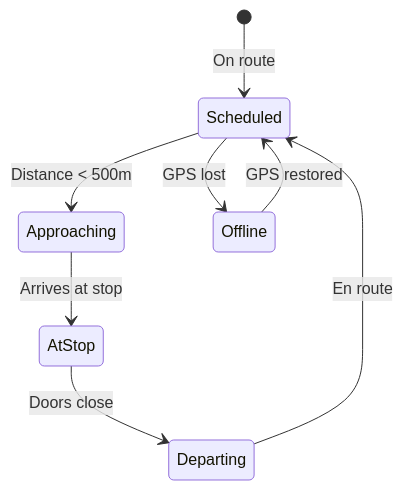
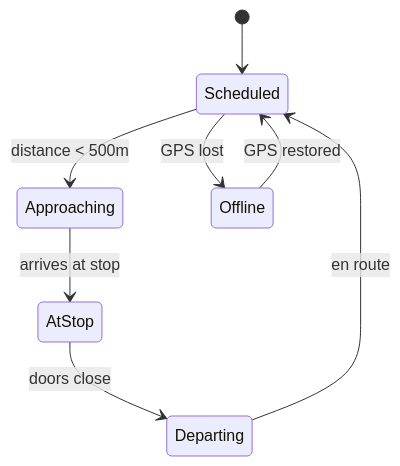
Before and after one commit to Amanda2026-crypto/smart-campus-connect: the eighth of 8 diagrams in state-transition-diagrams.md, drawn with Mermaid. The commit also changed other lines of this file, not shown here.

````diff
--- a/state-transition-diagrams.md
+++ b/state-transition-diagrams.md
@@ -178,10 +372,10 @@
 ```mermaid
 stateDiagram-v2
-    [*] --> Scheduled: On route
-    Scheduled --> Approaching: Distance < 500m
-    Approaching --> AtStop: Arrives at stop
-    AtStop --> Departing: Doors close
-    Departing --> Scheduled: En route
-    Scheduled --> Offline: GPS lost
-    Offline --> Scheduled: GPS restored
+    [*] --> Scheduled
+    Scheduled --> Approaching : distance < 500m
+    Approaching --> AtStop : arrives at stop
+    AtStop --> Departing : doors close
+    Departing --> Scheduled : en route
+    Scheduled --> Offline : GPS lost
+    Offline --> Scheduled : GPS restored
 ```
````
